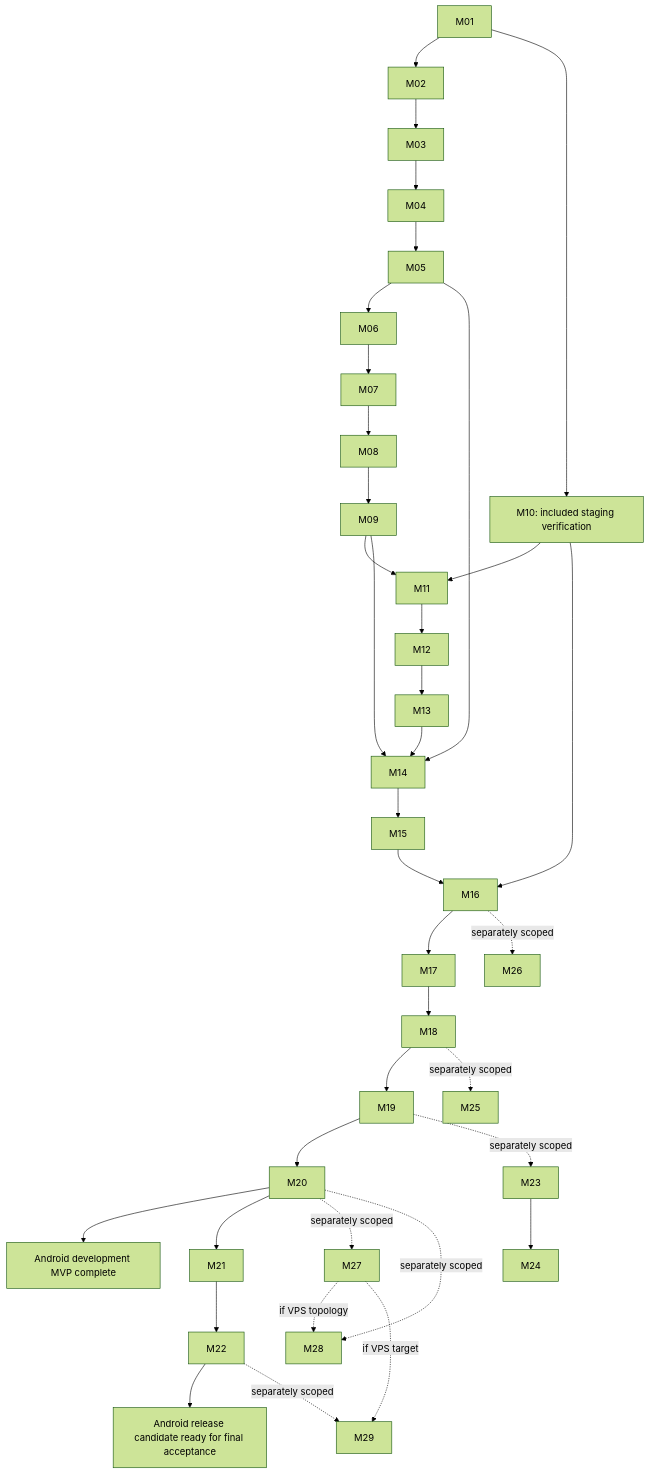
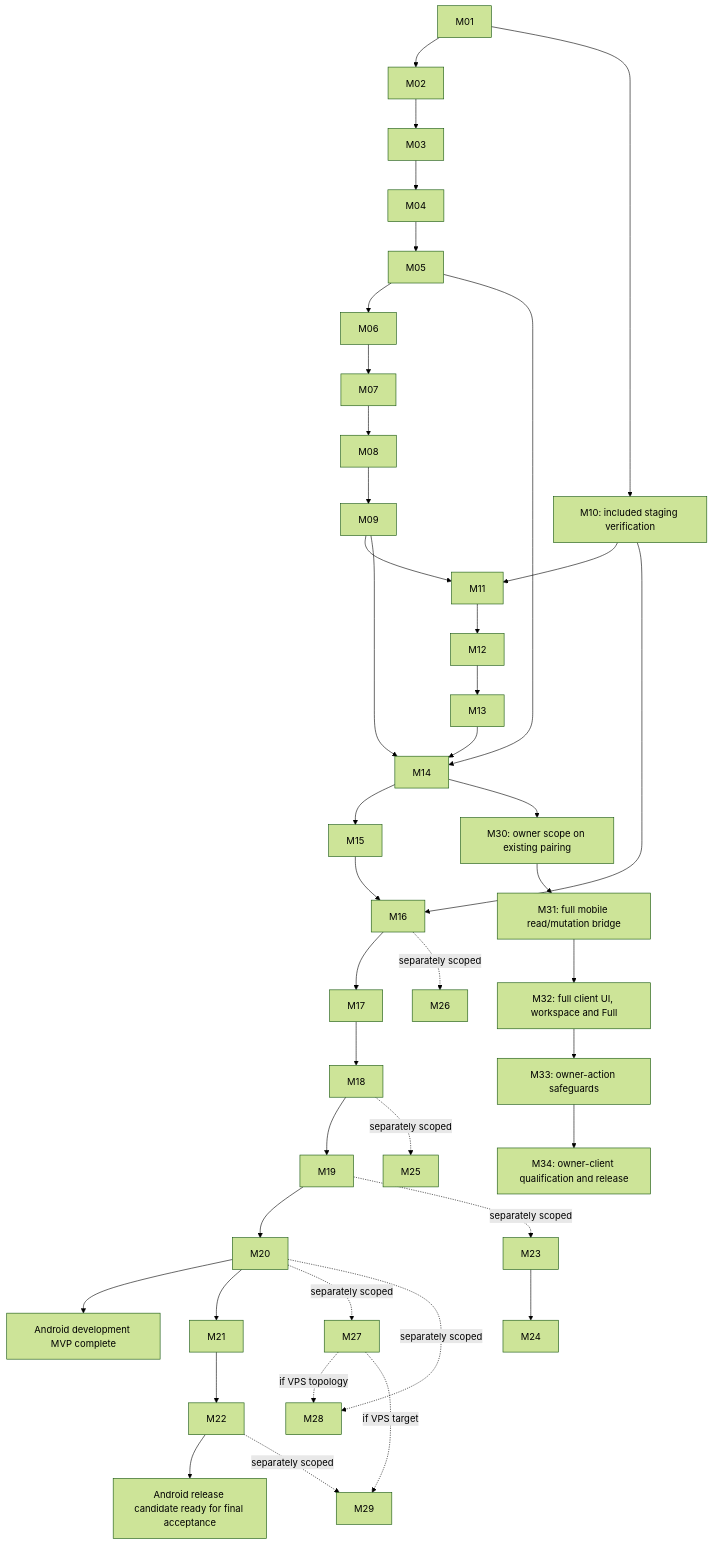
One commit to JadenChun/nanobot-custom changed the diagram in docs/mobile-client-tasks.md. Above: the diagram before and after it, drawn with Mermaid (forest theme). The commit also changed other lines of this file and 3 other files, not shown here.

First line of the commit message:
docs(mobile): adopt single owner-client model

````diff
--- a/docs/mobile-client-tasks.md
+++ b/docs/mobile-client-tasks.md
@@ -101,22 +118,27 @@
 ```mermaid
 flowchart TD
   M01 --> M02 --> M03 --> M04 --> M05
   M05 --> M06 --> M07 --> M08 --> M09
   M01 --> M10["M10: included staging verification"]
   M09 --> M11
   M10 --> M11
   M11 --> M12 --> M13 --> M14 --> M15 --> M16 --> M17 --> M18 --> M19 --> M20
   M05 --> M14
   M09 --> M14
   M10 --> M16
   M20 --> DEV["Android development MVP complete"]
   M20 --> M21 --> M22 --> RELEASE["Android release candidate ready for final acceptance"]
   M19 -. separately scoped .-> M23 --> M24
   M18 -. separately scoped .-> M25
   M16 -. separately scoped .-> M26
   M20 -. separately scoped .-> M27
   M20 -. separately scoped .-> M28
   M22 -. separately scoped .-> M29
   M27 -. if VPS topology .-> M28
   M27 -. if VPS target .-> M29
+  M14 --> M30["M30: owner scope on existing pairing"]
+  M30 --> M31["M31: full mobile read/mutation bridge"]
+  M31 --> M32["M32: full client UI, workspace and Full"]
+  M32 --> M33["M33: owner-action safeguards"]
+  M33 --> M34["M34: owner-client qualification and release"]
 ```
````
